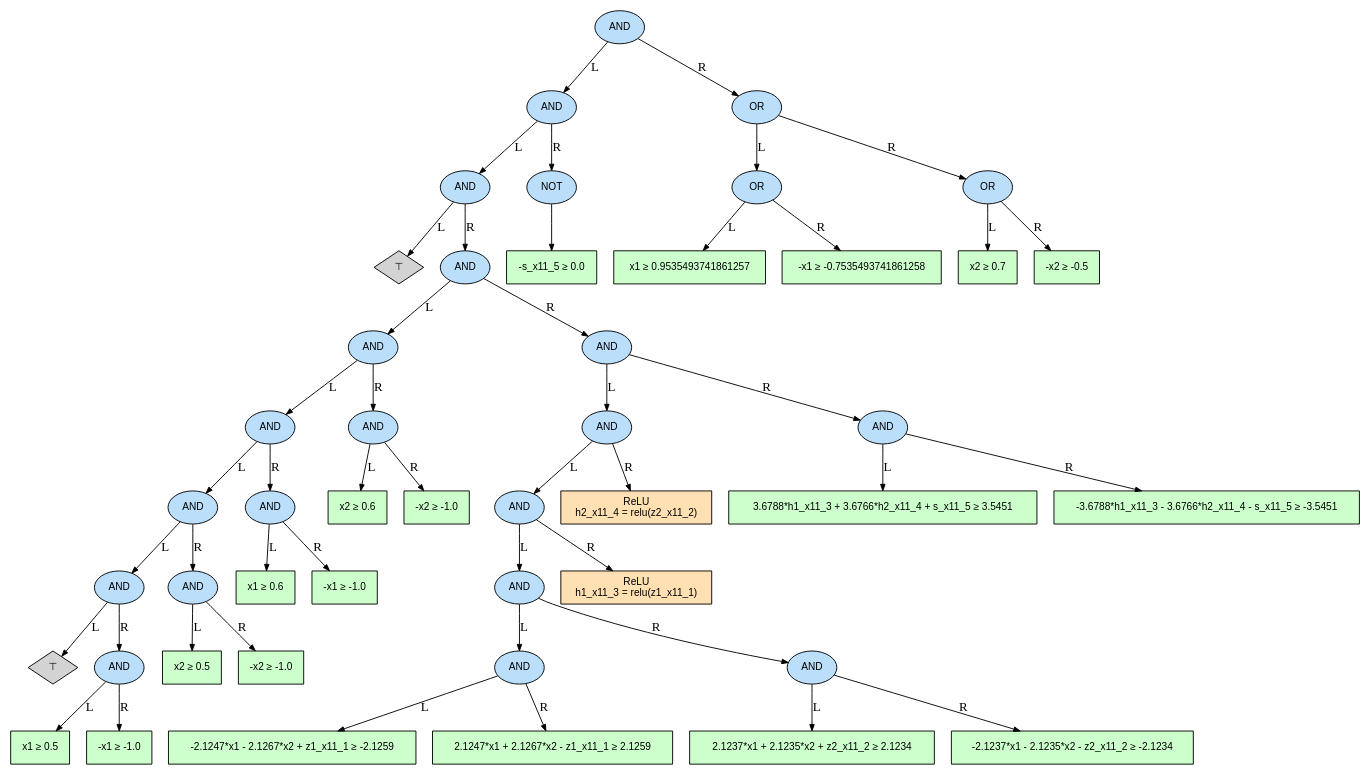
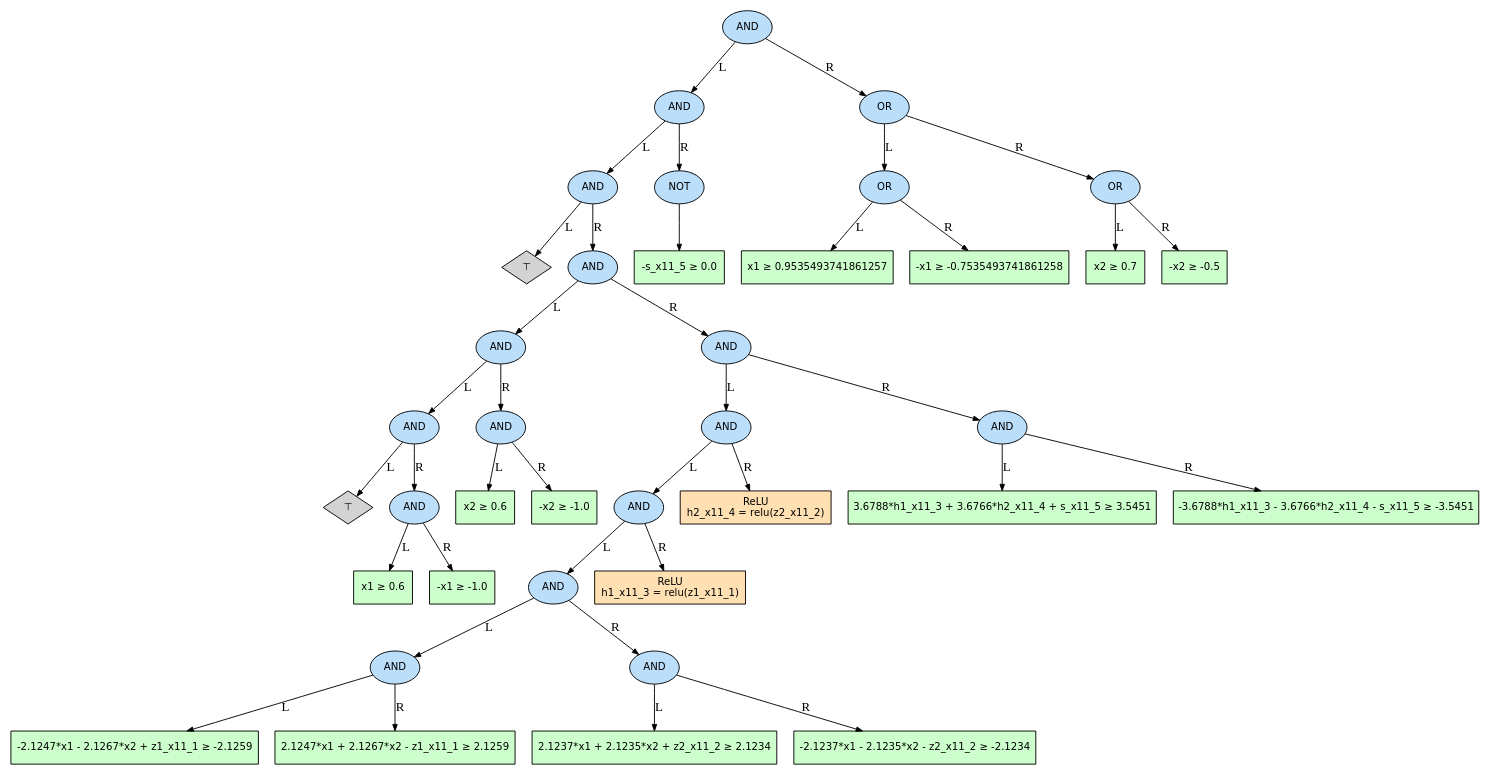
The diagram in visualize_precise_prop/case_11/precise_search_case11_attempt2_tree.dot (songheon2/Ai_verification), drawn with Graphviz before and after one commit. The commit also changed 49 other files, not shown here.

```diff
--- a/visualize_precise_prop/case_11/precise_search_case11_attempt2_tree.dot
+++ b/visualize_precise_prop/case_11/precise_search_case11_attempt2_tree.dot
@@ -1,96 +1,80 @@
 digraph precise_search_case11_attempt2_tree {
   rankdir=TB;
-  node [fontname="Helvetica", fontsize=11];
+  node [fontname="DejaVu Sans", fontsize=11];
   edge [arrowsize=0.7];
   n0 [label="AND", shape=ellipse, style=filled, fillcolor="#bbdefb"];
   n1 [label="AND", shape=ellipse, style=filled, fillcolor="#bbdefb"];
   n2 [label="AND", shape=ellipse, style=filled, fillcolor="#bbdefb"];
   n3 [label="⊤", shape=diamond, style=filled, fillcolor="#d3d3d3"];
   n4 [label="AND", shape=ellipse, style=filled, fillcolor="#bbdefb"];
   n5 [label="AND", shape=ellipse, style=filled, fillcolor="#bbdefb"];
   n6 [label="AND", shape=ellipse, style=filled, fillcolor="#bbdefb"];
-  n7 [label="AND", shape=ellipse, style=filled, fillcolor="#bbdefb"];
+  n7 [label="⊤", shape=diamond, style=filled, fillcolor="#d3d3d3"];
   n8 [label="AND", shape=ellipse, style=filled, fillcolor="#bbdefb"];
-  n9 [label="⊤", shape=diamond, style=filled, fillcolor="#d3d3d3"];
-  n10 [label="AND", shape=ellipse, style=filled, fillcolor="#bbdefb"];
-  n11 [label="x1 ≥ 0.5", shape=box, style=filled, fillcolor="#ccffcc"];
-  n12 [label="-x1 ≥ -1.0", shape=box, style=filled, fillcolor="#ccffcc"];
-  n10 -> n11 [label="L"];
-  n10 -> n12 [label="R"];
+  n9 [label="x1 ≥ 0.6", shape=box, style=filled, fillcolor="#ccffcc"];
+  n10 [label="-x1 ≥ -1.0", shape=box, style=filled, fillcolor="#ccffcc"];
   n8 -> n9 [label="L"];
   n8 -> n10 [label="R"];
-  n13 [label="AND", shape=ellipse, style=filled, fillcolor="#bbdefb"];
-  n14 [label="x2 ≥ 0.5", shape=box, style=filled, fillcolor="#ccffcc"];
-  n15 [label="-x2 ≥ -1.0", shape=box, style=filled, fillcolor="#ccffcc"];
-  n13 -> n14 [label="L"];
-  n13 -> n15 [label="R"];
-  n7 -> n8 [label="L"];
-  n7 -> n13 [label="R"];
+  n6 -> n7 [label="L"];
+  n6 -> n8 [label="R"];
+  n11 [label="AND", shape=ellipse, style=filled, fillcolor="#bbdefb"];
+  n12 [label="x2 ≥ 0.6", shape=box, style=filled, fillcolor="#ccffcc"];
+  n13 [label="-x2 ≥ -1.0", shape=box, style=filled, fillcolor="#ccffcc"];
+  n11 -> n12 [label="L"];
+  n11 -> n13 [label="R"];
+  n5 -> n6 [label="L"];
+  n5 -> n11 [label="R"];
+  n14 [label="AND", shape=ellipse, style=filled, fillcolor="#bbdefb"];
+  n15 [label="AND", shape=ellipse, style=filled, fillcolor="#bbdefb"];
   n16 [label="AND", shape=ellipse, style=filled, fillcolor="#bbdefb"];
-  n17 [label="x1 ≥ 0.6", shape=box, style=filled, fillcolor="#ccffcc"];
-  n18 [label="-x1 ≥ -1.0", shape=box, style=filled, fillcolor="#ccffcc"];
+  n17 [label="AND", shape=ellipse, style=filled, fillcolor="#bbdefb"];
+  n18 [label="AND", shape=ellipse, style=filled, fillcolor="#bbdefb"];
+  n19 [label="-2.1247*x1 - 2.1267*x2 + z1_x11_1 ≥ -2.1259", shape=box, style=filled, fillcolor="#ccffcc"];
+  n20 [label="2.1247*x1 + 2.1267*x2 - z1_x11_1 ≥ 2.1259", shape=box, style=filled, fillcolor="#ccffcc"];
+  n18 -> n19 [label="L"];
+  n18 -> n20 [label="R"];
+  n21 [label="AND", shape=ellipse, style=filled, fillcolor="#bbdefb"];
+  n22 [label="2.1237*x1 + 2.1235*x2 + z2_x11_2 ≥ 2.1234", shape=box, style=filled, fillcolor="#ccffcc"];
+  n23 [label="-2.1237*x1 - 2.1235*x2 - z2_x11_2 ≥ -2.1234", shape=box, style=filled, fillcolor="#ccffcc"];
+  n21 -> n22 [label="L"];
+  n21 -> n23 [label="R"];
+  n17 -> n18 [label="L"];
+  n17 -> n21 [label="R"];
+  n24 [label="ReLU\nh1_x11_3 = relu(z1_x11_1)", shape=box, style=filled, fillcolor="#ffe0b2"];
   n16 -> n17 [label="L"];
-  n16 -> n18 [label="R"];
-  n6 -> n7 [label="L"];
-  n6 -> n16 [label="R"];
-  n19 [label="AND", shape=ellipse, style=filled, fillcolor="#bbdefb"];
-  n20 [label="x2 ≥ 0.6", shape=box, style=filled, fillcolor="#ccffcc"];
-  n21 [label="-x2 ≥ -1.0", shape=box, style=filled, fillcolor="#ccffcc"];
-  n19 -> n20 [label="L"];
-  n19 -> n21 [label="R"];
-  n5 -> n6 [label="L"];
-  n5 -> n19 [label="R"];
-  n22 [label="AND", shape=ellipse, style=filled, fillcolor="#bbdefb"];
-  n23 [label="AND", shape=ellipse, style=filled, fillcolor="#bbdefb"];
-  n24 [label="AND", shape=ellipse, style=filled, fillcolor="#bbdefb"];
-  n25 [label="AND", shape=ellipse, style=filled, fillcolor="#bbdefb"];
+  n16 -> n24 [label="R"];
+  n25 [label="ReLU\nh2_x11_4 = relu(z2_x11_2)", shape=box, style=filled, fillcolor="#ffe0b2"];
+  n15 -> n16 [label="L"];
+  n15 -> n25 [label="R"];
   n26 [label="AND", shape=ellipse, style=filled, fillcolor="#bbdefb"];
-  n27 [label="-2.1247*x1 - 2.1267*x2 + z1_x11_1 ≥ -2.1259", shape=box, style=filled, fillcolor="#ccffcc"];
-  n28 [label="2.1247*x1 + 2.1267*x2 - z1_x11_1 ≥ 2.1259", shape=box, style=filled, fillcolor="#ccffcc"];
+  n27 [label="3.6788*h1_x11_3 + 3.6766*h2_x11_4 + s_x11_5 ≥ 3.5451", shape=box, style=filled, fillcolor="#ccffcc"];
+  n28 [label="-3.6788*h1_x11_3 - 3.6766*h2_x11_4 - s_x11_5 ≥ -3.5451", shape=box, style=filled, fillcolor="#ccffcc"];
   n26 -> n27 [label="L"];
   n26 -> n28 [label="R"];
-  n29 [label="AND", shape=ellipse, style=filled, fillcolor="#bbdefb"];
-  n30 [label="2.1237*x1 + 2.1235*x2 + z2_x11_2 ≥ 2.1234", shape=box, style=filled, fillcolor="#ccffcc"];
-  n31 [label="-2.1237*x1 - 2.1235*x2 - z2_x11_2 ≥ -2.1234", shape=box, style=filled, fillcolor="#ccffcc"];
-  n29 -> n30 [label="L"];
-  n29 -> n31 [label="R"];
-  n25 -> n26 [label="L"];
-  n25 -> n29 [label="R"];
-  n32 [label="ReLU\nh1_x11_3 = relu(z1_x11_1)", shape=box, style=filled, fillcolor="#ffe0b2"];
-  n24 -> n25 [label="L"];
-  n24 -> n32 [label="R"];
-  n33 [label="ReLU\nh2_x11_4 = relu(z2_x11_2)", shape=box, style=filled, fillcolor="#ffe0b2"];
-  n23 -> n24 [label="L"];
-  n23 -> n33 [label="R"];
-  n34 [label="AND", shape=ellipse, style=filled, fillcolor="#bbdefb"];
-  n35 [label="3.6788*h1_x11_3 + 3.6766*h2_x11_4 + s_x11_5 ≥ 3.5451", shape=box, style=filled, fillcolor="#ccffcc"];
-  n36 [label="-3.6788*h1_x11_3 - 3.6766*h2_x11_4 - s_x11_5 ≥ -3.5451", shape=box, style=filled, fillcolor="#ccffcc"];
-  n34 -> n35 [label="L"];
-  n34 -> n36 [label="R"];
-  n22 -> n23 [label="L"];
-  n22 -> n34 [label="R"];
+  n14 -> n15 [label="L"];
+  n14 -> n26 [label="R"];
   n4 -> n5 [label="L"];
-  n4 -> n22 [label="R"];
+  n4 -> n14 [label="R"];
   n2 -> n3 [label="L"];
   n2 -> n4 [label="R"];
-  n37 [label="NOT", shape=ellipse, style=filled, fillcolor="#bbdefb"];
-  n38 [label="-s_x11_5 ≥ 0.0", shape=box, style=filled, fillcolor="#ccffcc"];
-  n37 -> n38;
+  n29 [label="NOT", shape=ellipse, style=filled, fillcolor="#bbdefb"];
+  n30 [label="-s_x11_5 ≥ 0.0", shape=box, style=filled, fillcolor="#ccffcc"];
+  n29 -> n30;
   n1 -> n2 [label="L"];
-  n1 -> n37 [label="R"];
-  n39 [label="OR", shape=ellipse, style=filled, fillcolor="#bbdefb"];
-  n40 [label="OR", shape=ellipse, style=filled, fillcolor="#bbdefb"];
-  n41 [label="x1 ≥ 0.9535493741861257", shape=box, style=filled, fillcolor="#ccffcc"];
-  n42 [label="-x1 ≥ -0.7535493741861258", shape=box, style=filled, fillcolor="#ccffcc"];
-  n40 -> n41 [label="L"];
-  n40 -> n42 [label="R"];
-  n43 [label="OR", shape=ellipse, style=filled, fillcolor="#bbdefb"];
-  n44 [label="x2 ≥ 0.7", shape=box, style=filled, fillcolor="#ccffcc"];
-  n45 [label="-x2 ≥ -0.5", shape=box, style=filled, fillcolor="#ccffcc"];
-  n43 -> n44 [label="L"];
-  n43 -> n45 [label="R"];
-  n39 -> n40 [label="L"];
-  n39 -> n43 [label="R"];
+  n1 -> n29 [label="R"];
+  n31 [label="OR", shape=ellipse, style=filled, fillcolor="#bbdefb"];
+  n32 [label="OR", shape=ellipse, style=filled, fillcolor="#bbdefb"];
+  n33 [label="x1 ≥ 0.9535493741861257", shape=box, style=filled, fillcolor="#ccffcc"];
+  n34 [label="-x1 ≥ -0.7535493741861258", shape=box, style=filled, fillcolor="#ccffcc"];
+  n32 -> n33 [label="L"];
+  n32 -> n34 [label="R"];
+  n35 [label="OR", shape=ellipse, style=filled, fillcolor="#bbdefb"];
+  n36 [label="x2 ≥ 0.7", shape=box, style=filled, fillcolor="#ccffcc"];
+  n37 [label="-x2 ≥ -0.5", shape=box, style=filled, fillcolor="#ccffcc"];
+  n35 -> n36 [label="L"];
+  n35 -> n37 [label="R"];
+  n31 -> n32 [label="L"];
+  n31 -> n35 [label="R"];
   n0 -> n1 [label="L"];
-  n0 -> n39 [label="R"];
+  n0 -> n31 [label="R"];
 }
```
